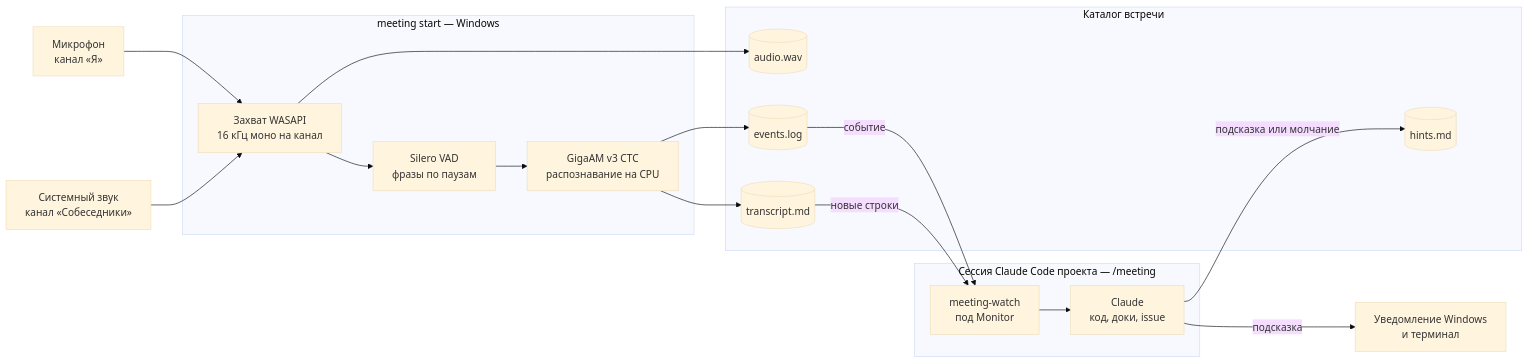
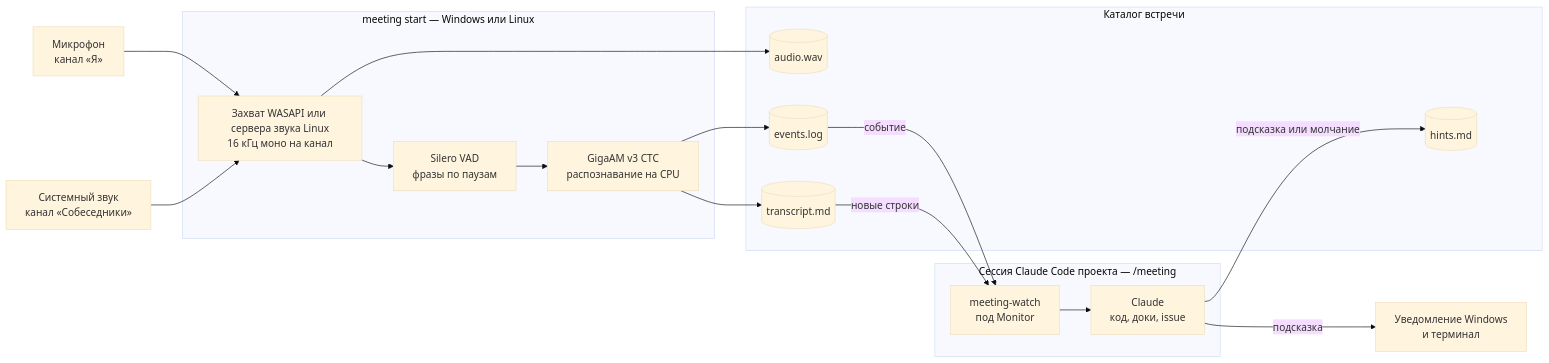
The first of 2 diagrams in docs/architecture.md (juk-777/MeetingAssistant), drawn with Mermaid (base theme) before and after one commit. The commit also changed other lines of this file and 25 other files, not shown here.

First line of the commit message:
Запись встречи на Linux: захват через libpulse-simple, выпуск linux-x64, install.sh (#16, часть 1) (#50)

````diff
--- a/docs/architecture.md
+++ b/docs/architecture.md
@@ -8,37 +8,37 @@
 ```mermaid
 flowchart LR
     mic["Микрофон<br/>канал «Я»"]
     loopback["Системный звук<br/>канал «Собеседники»"]
 
-    subgraph app["meeting start — Windows"]
-        capture["Захват WASAPI<br/>16 кГц моно на канал"]
+    subgraph app["meeting start — Windows или Linux"]
+        capture["Захват WASAPI или сервера звука Linux<br/>16 кГц моно на канал"]
         vad["Silero VAD<br/>фразы по паузам"]
         asr["GigaAM v3 CTC<br/>распознавание на CPU"]
     end
 
     subgraph folder["Каталог встречи"]
         wav[("audio.wav")]
         transcript[("transcript.md")]
         events[("events.log")]
         hints[("hints.md")]
     end
 
     subgraph session["Сессия Claude Code проекта — /meeting"]
         watch["meeting-watch<br/>под Monitor"]
         claude["Claude<br/>код, доки, issue"]
     end
 
     toast["Уведомление Windows<br/>и терминал"]
 
     mic --> capture
     loopback --> capture
     capture --> wav
     capture --> vad --> asr
     asr --> transcript
     asr --> events
     events -->|"событие"| watch
     transcript -->|"новые строки"| watch
     watch --> claude
     claude -->|"подсказка или молчание"| hints
     claude -->|"подсказка"| toast
 ```
````
